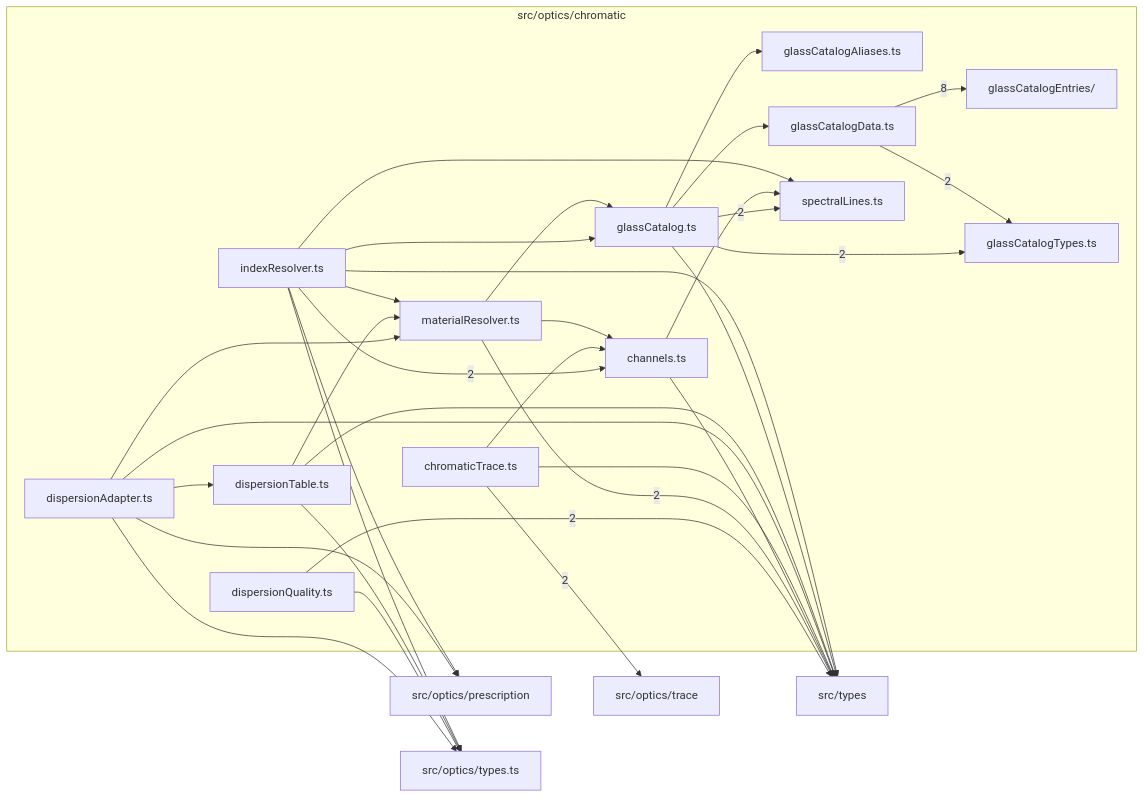
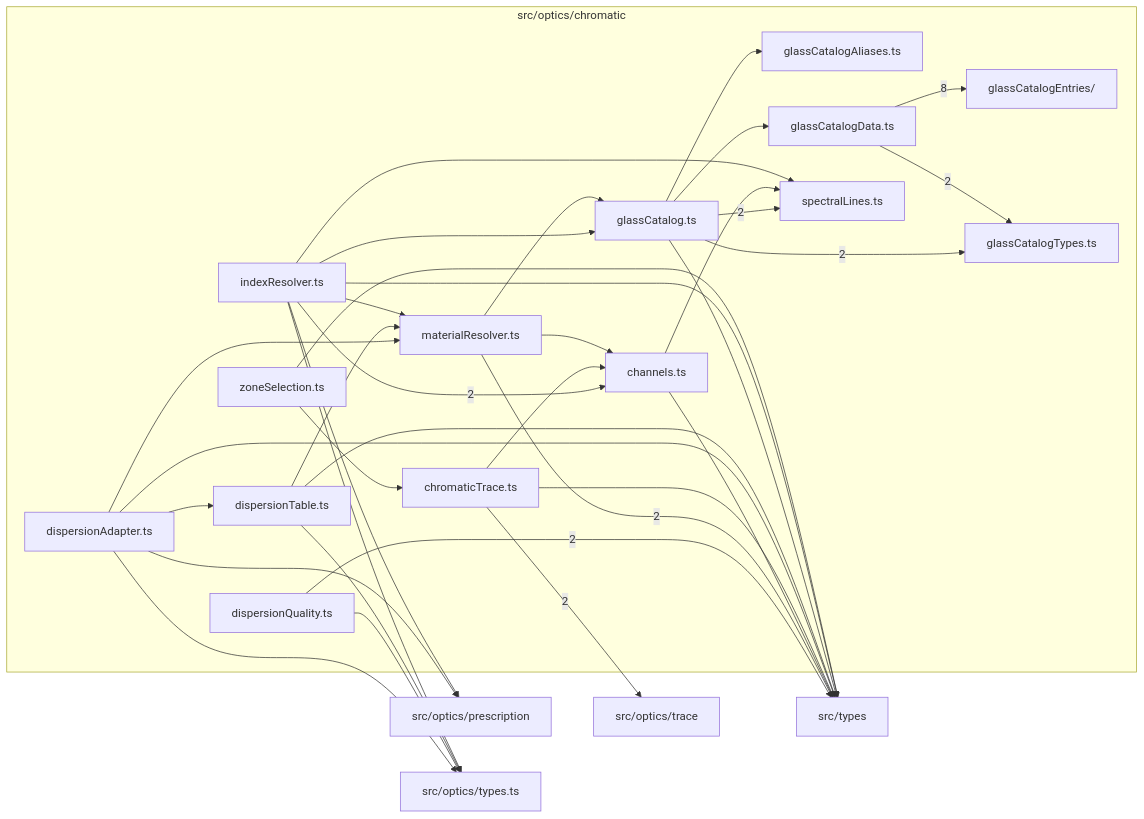
Before and after one commit to ronbuening/LensVisualizer: the diagram in src/optics/chromatic/readme.md, drawn with Mermaid. The commit also changed other lines of this file and 5 other files, not shown here.

Commit message:
Document the one chromatic zone rule, its reasons and every readout that states a left-out channel, and regenerate the folder readmes

````diff
--- a/src/optics/chromatic/readme.md
+++ b/src/optics/chromatic/readme.md
@@ -9,54 +9,57 @@
 ```mermaid
 flowchart LR
   subgraph n_src_optics_chromatic["src/optics/chromatic"]
     n_src_optics_chromatic_src_optics_chromatic_glassCatalogEntries["glassCatalogEntries/"]
     n_src_optics_chromatic_src_optics_chromatic_channels_ts["channels.ts"]
     n_src_optics_chromatic_src_optics_chromatic_chromaticTrace_ts["chromaticTrace.ts"]
     n_src_optics_chromatic_src_optics_chromatic_dispersionAdapter_ts["dispersionAdapter.ts"]
     n_src_optics_chromatic_src_optics_chromatic_dispersionQuality_ts["dispersionQuality.ts"]
     n_src_optics_chromatic_src_optics_chromatic_dispersionTable_ts["dispersionTable.ts"]
     n_src_optics_chromatic_src_optics_chromatic_glassCatalog_ts["glassCatalog.ts"]
     n_src_optics_chromatic_src_optics_chromatic_glassCatalogAliases_ts["glassCatalogAliases.ts"]
     n_src_optics_chromatic_src_optics_chromatic_glassCatalogData_ts["glassCatalogData.ts"]
     n_src_optics_chromatic_src_optics_chromatic_glassCatalogTypes_ts["glassCatalogTypes.ts"]
     n_src_optics_chromatic_src_optics_chromatic_indexResolver_ts["indexResolver.ts"]
     n_src_optics_chromatic_src_optics_chromatic_materialResolver_ts["materialResolver.ts"]
     n_src_optics_chromatic_src_optics_chromatic_spectralLines_ts["spectralLines.ts"]
+    n_src_optics_chromatic_src_optics_chromatic_zoneSelection_ts["zoneSelection.ts"]
   end
   n_external_src_optics_trace["src/optics/trace"]
   n_external_src_types["src/types"]
   n_external_src_optics_prescription["src/optics/prescription"]
   n_external_src_optics_types_ts["src/optics/types.ts"]
   n_src_optics_chromatic_src_optics_chromatic_glassCatalogData_ts --> |8| n_src_optics_chromatic_src_optics_chromatic_glassCatalogEntries
   n_src_optics_chromatic_src_optics_chromatic_chromaticTrace_ts --> |2| n_external_src_optics_trace
   n_src_optics_chromatic_src_optics_chromatic_dispersionQuality_ts --> |2| n_external_src_types
   n_src_optics_chromatic_src_optics_chromatic_materialResolver_ts --> |2| n_external_src_types
   n_src_optics_chromatic_src_optics_chromatic_indexResolver_ts --> |2| n_src_optics_chromatic_src_optics_chromatic_channels_ts
   n_src_optics_chromatic_src_optics_chromatic_glassCatalog_ts --> |2| n_src_optics_chromatic_src_optics_chromatic_glassCatalogTypes_ts
   n_src_optics_chromatic_src_optics_chromatic_glassCatalogData_ts --> |2| n_src_optics_chromatic_src_optics_chromatic_glassCatalogTypes_ts
   n_src_optics_chromatic_src_optics_chromatic_glassCatalog_ts --> |2| n_src_optics_chromatic_src_optics_chromatic_spectralLines_ts
   n_src_optics_chromatic_src_optics_chromatic_dispersionAdapter_ts --> n_external_src_optics_prescription
   n_src_optics_chromatic_src_optics_chromatic_indexResolver_ts --> n_external_src_optics_prescription
   n_src_optics_chromatic_src_optics_chromatic_dispersionAdapter_ts --> n_external_src_optics_types_ts
   n_src_optics_chromatic_src_optics_chromatic_dispersionQuality_ts --> n_external_src_optics_types_ts
   n_src_optics_chromatic_src_optics_chromatic_dispersionTable_ts --> n_external_src_optics_types_ts
   n_src_optics_chromatic_src_optics_chromatic_indexResolver_ts --> n_external_src_optics_types_ts
   n_src_optics_chromatic_src_optics_chromatic_channels_ts --> n_external_src_types
   n_src_optics_chromatic_src_optics_chromatic_chromaticTrace_ts --> n_external_src_types
   n_src_optics_chromatic_src_optics_chromatic_dispersionAdapter_ts --> n_external_src_types
   n_src_optics_chromatic_src_optics_chromatic_dispersionTable_ts --> n_external_src_types
   n_src_optics_chromatic_src_optics_chromatic_glassCatalog_ts --> n_external_src_types
   n_src_optics_chromatic_src_optics_chromatic_indexResolver_ts --> n_external_src_types
+  n_src_optics_chromatic_src_optics_chromatic_zoneSelection_ts --> n_external_src_types
   n_src_optics_chromatic_src_optics_chromatic_chromaticTrace_ts --> n_src_optics_chromatic_src_optics_chromatic_channels_ts
   n_src_optics_chromatic_src_optics_chromatic_materialResolver_ts --> n_src_optics_chromatic_src_optics_chromatic_channels_ts
+  n_src_optics_chromatic_src_optics_chromatic_zoneSelection_ts --> n_src_optics_chromatic_src_optics_chromatic_chromaticTrace_ts
   n_src_optics_chromatic_src_optics_chromatic_dispersionAdapter_ts --> n_src_optics_chromatic_src_optics_chromatic_dispersionTable_ts
   n_src_optics_chromatic_src_optics_chromatic_indexResolver_ts --> n_src_optics_chromatic_src_optics_chromatic_glassCatalog_ts
   n_src_optics_chromatic_src_optics_chromatic_materialResolver_ts --> n_src_optics_chromatic_src_optics_chromatic_glassCatalog_ts
   n_src_optics_chromatic_src_optics_chromatic_glassCatalog_ts --> n_src_optics_chromatic_src_optics_chromatic_glassCatalogAliases_ts
   n_src_optics_chromatic_src_optics_chromatic_glassCatalog_ts --> n_src_optics_chromatic_src_optics_chromatic_glassCatalogData_ts
   n_src_optics_chromatic_src_optics_chromatic_dispersionAdapter_ts --> n_src_optics_chromatic_src_optics_chromatic_materialResolver_ts
   n_src_optics_chromatic_src_optics_chromatic_dispersionTable_ts --> n_src_optics_chromatic_src_optics_chromatic_materialResolver_ts
   n_src_optics_chromatic_src_optics_chromatic_indexResolver_ts --> n_src_optics_chromatic_src_optics_chromatic_materialResolver_ts
   n_src_optics_chromatic_src_optics_chromatic_channels_ts --> n_src_optics_chromatic_src_optics_chromatic_spectralLines_ts
   n_src_optics_chromatic_src_optics_chromatic_indexResolver_ts --> n_src_optics_chromatic_src_optics_chromatic_spectralLines_ts
 ```
````
